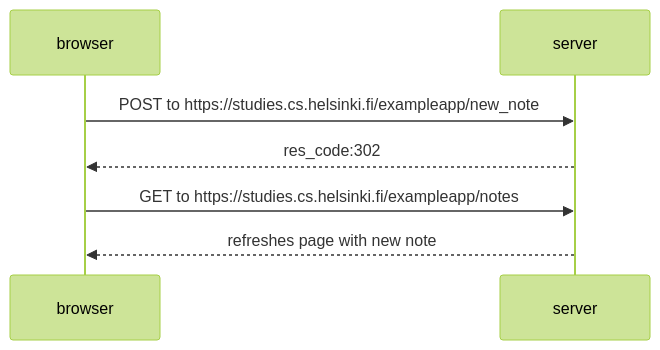
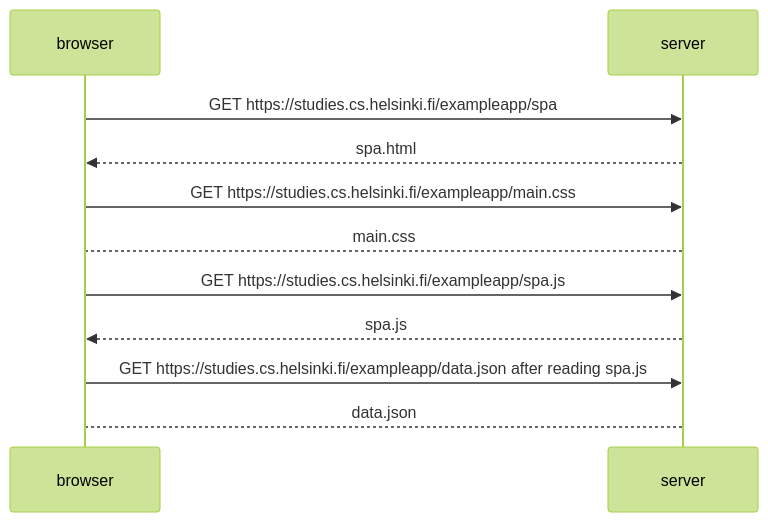
The diagram in part0/0_5.md (DanTenorio/fullstackopen), drawn with Mermaid (forest theme) before and after one commit.

Commit message:
part 0_5 completed

````diff
--- a/part0/0_5.md
+++ b/part0/0_5.md
@@ -2,7 +2,11 @@
 ```mermaid
 sequenceDiagram
-	browser->>server: POST to https://studies.cs.helsinki.fi/exampleapp/new_note
-	server-->>browser: res_code:302 
-	browser->>server: GET to https://studies.cs.helsinki.fi/exampleapp/notes
-	server-->>browser: refreshes page with new note
+	browser->>server: GET https://studies.cs.helsinki.fi/exampleapp/spa
+	server-->>browser: spa.html
+	browser->>server:GET https://studies.cs.helsinki.fi/exampleapp/main.css
+	server-->browser: main.css
+	browser->>server: GET https://studies.cs.helsinki.fi/exampleapp/spa.js
+	server-->>browser: spa.js
+	browser->>server: GET https://studies.cs.helsinki.fi/exampleapp/data.json after reading spa.js
+	server-->browser: data.json
 ```
````
